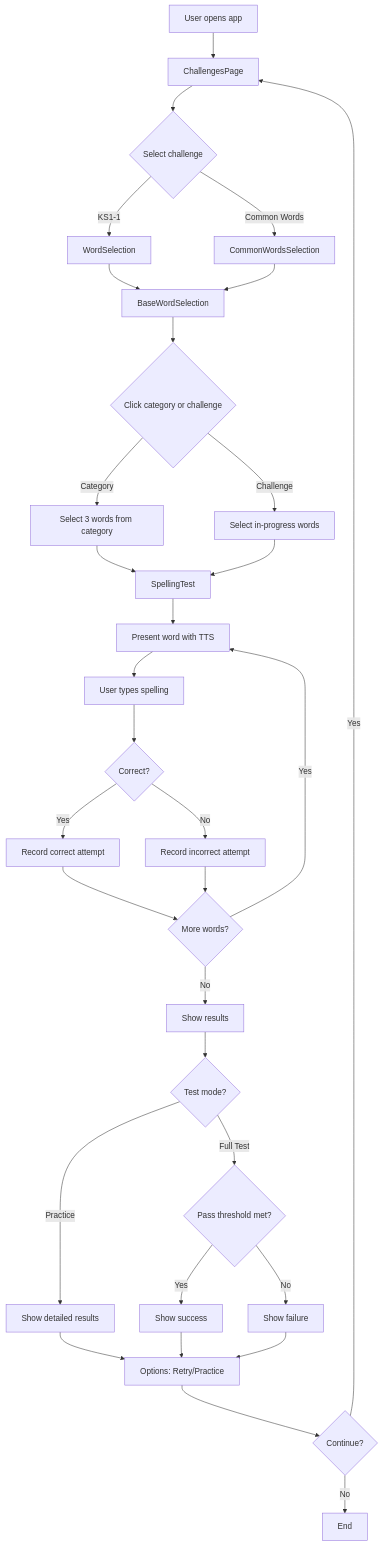
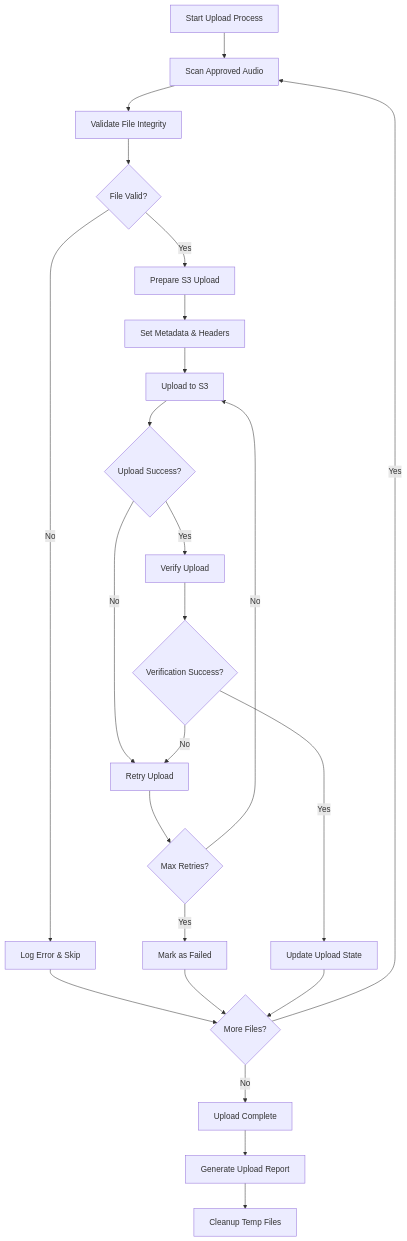
Before and after one commit to getOffIt/spellingWebsite: the fifth of 15 diagrams in .sop/summary/workflows.md, drawn with Mermaid. The commit also changed other lines of this file and 17 other files, not shown here.

````diff
--- a/.sop/summary/workflows.md
+++ b/.sop/summary/workflows.md
@@ -25,34 +111,26 @@
 ```mermaid
 flowchart TD
-    A[User opens app] --> B[ChallengesPage]
-    B --> C{Select challenge}
-    C -->|KS1-1| D[WordSelection]
-    C -->|Common Words| E[CommonWordsSelection]
-    D --> F[BaseWordSelection]
-    E --> F
-    F --> G{Click category or challenge}
-    G -->|Category| H[Select 3 words from category]
-    G -->|Challenge| I[Select in-progress words]
-    H --> J[SpellingTest]
-    I --> J
-    J --> K[Present word with TTS]
-    K --> L[User types spelling]
-    L --> M{Correct?}
-    M -->|Yes| N[Record correct attempt]
-    M -->|No| O[Record incorrect attempt]
-    N --> P{More words?}
+    A[Start Upload Process] --> B[Scan Approved Audio]
+    B --> C[Validate File Integrity]
+    C --> D{File Valid?}
+    D -->|No| E[Log Error & Skip]
+    D -->|Yes| F[Prepare S3 Upload]
+    F --> G[Set Metadata & Headers]
+    G --> H[Upload to S3]
+    H --> I{Upload Success?}
+    I -->|No| J[Retry Upload]
+    I -->|Yes| K[Verify Upload]
+    K --> L{Verification Success?}
+    L -->|No| J
+    L -->|Yes| M[Update Upload State]
+    J --> N{Max Retries?}
+    N -->|No| H
+    N -->|Yes| O[Mark as Failed]
+    E --> P{More Files?}
     O --> P
-    P -->|Yes| K
-    P -->|No| Q[Show results]
-    Q --> R{Test mode?}
-    R -->|Practice| S[Show detailed results]
-    R -->|Full Test| T{Pass threshold met?}
-    T -->|Yes| U[Show success]
-    T -->|No| V[Show failure]
-    S --> W[Options: Retry/Practice]
-    U --> W
-    V --> W
-    W --> X{Continue?}
-    X -->|Yes| B
-    X -->|No| Y[End]
+    M --> P
+    P -->|Yes| B
+    P -->|No| Q[Upload Complete]
+    Q --> R[Generate Upload Report]
+    R --> S[Cleanup Temp Files]
 ```
````
